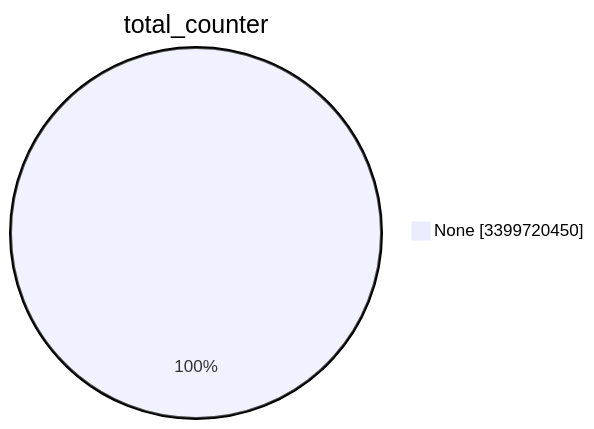
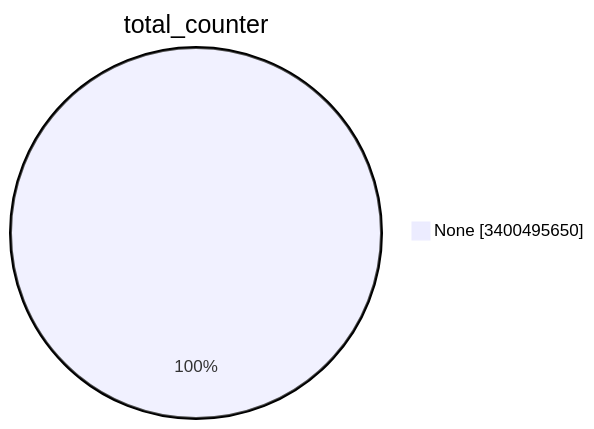
Before and after one commit to christiankrug/ctmonitor_visualization: the first of 15 diagrams in TOTAL/README.md, drawn with Mermaid. The commit also changed other lines of this file, not shown here.

````diff
--- a/TOTAL/README.md
+++ b/TOTAL/README.md
@@ -1,5 +1,5 @@
 ```mermaid
 pie showData
 title total_counter
-"None" :3399720450
+"None" :3400495650
 ```
````
